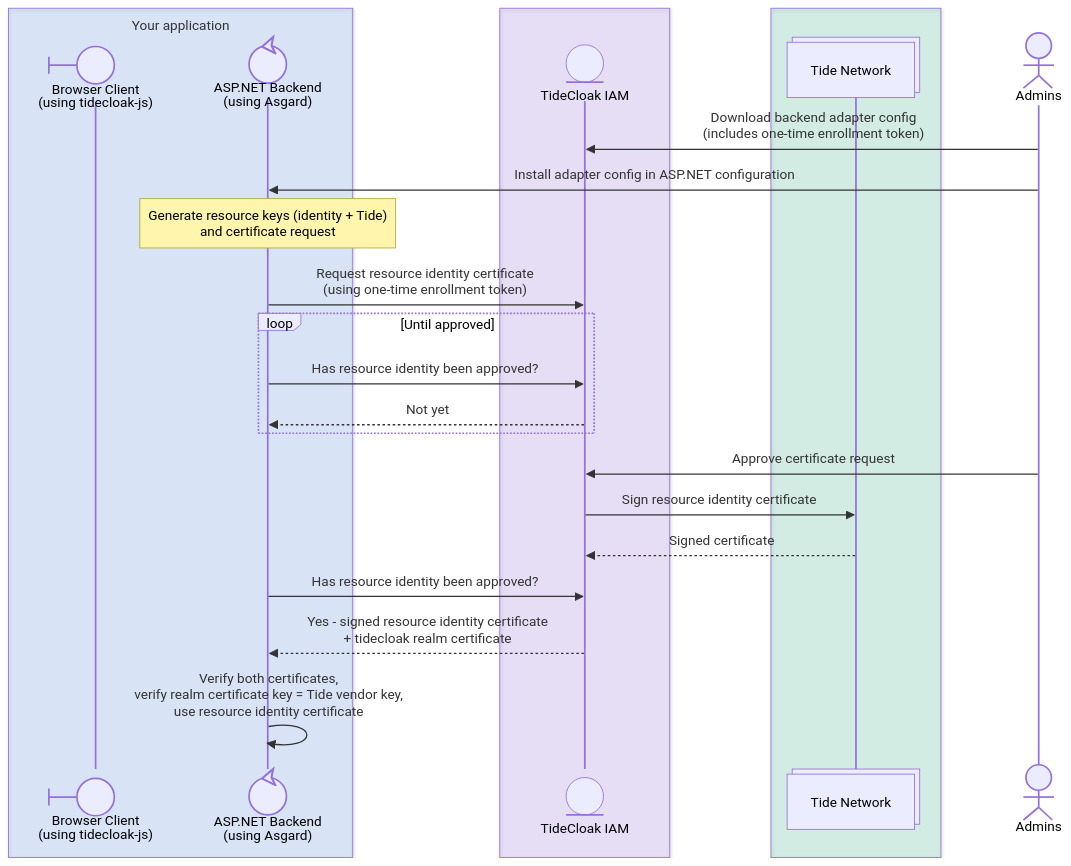
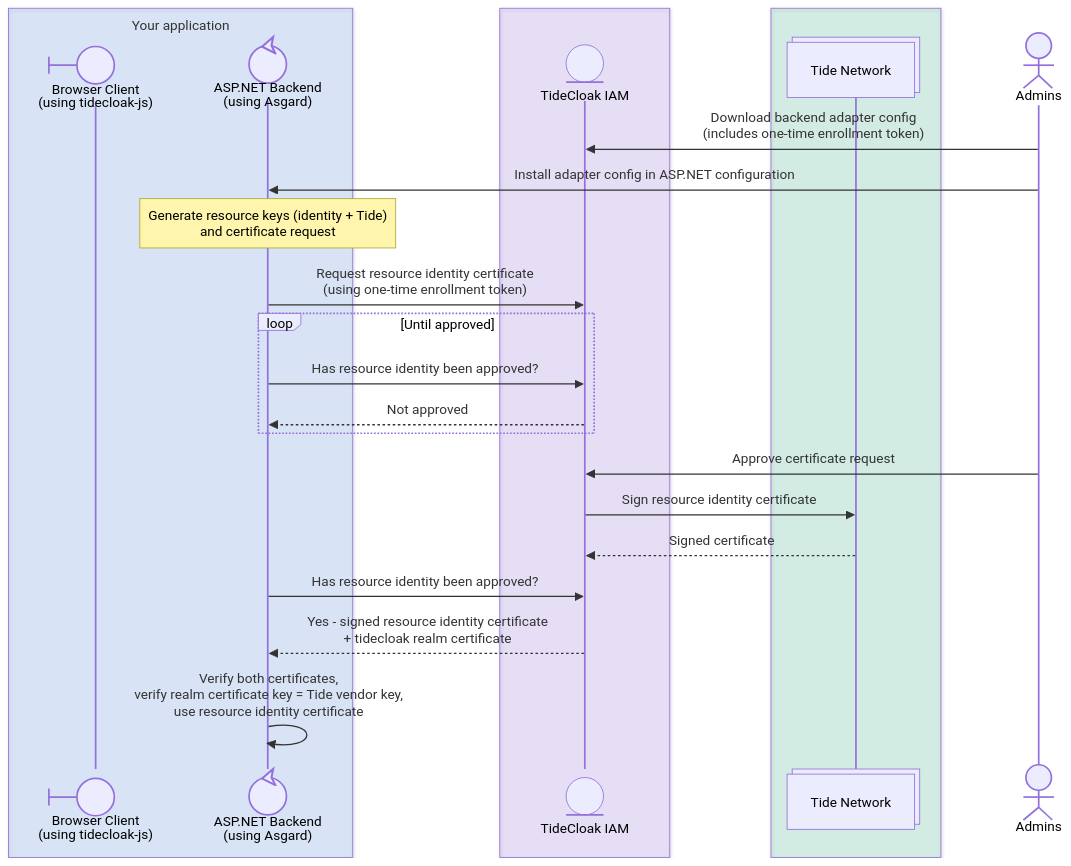
The first of 3 diagrams in README.md (tide-foundation/asgard), drawn with Mermaid before and after one commit. The commit also changed other lines of this file and 129 other files, not shown here.

````diff
--- a/README.md
+++ b/README.md
@@ -83,33 +84,33 @@
 ```mermaid
 sequenceDiagram
     box rgba(59, 130, 246, 0.15) Your application
         participant Browser@{ "type": "boundary", "alias": "Browser Client<br/>(using tidecloak-js)" }
         participant Backend@{ "type": "control", "alias": "ASP.NET Backend<br/>(using Asgard)" }
     end
     box rgba(139, 92, 246, 0.15)
         participant TideCloak@{ "type": "entity", "alias": "TideCloak IAM" }
     end
     box rgba(16, 185, 129, 0.15)
         participant TideNetwork@{ "type": "collections", "alias": "Tide Network" }
     end
     actor Admins
 
     Admins->>TideCloak: Download backend adapter config<br/>(includes one-time enrollment token)
     Admins->>Backend: Install adapter config in ASP.NET configuration
 
     Note over Backend: Generate resource keys (identity + Tide)<br/>and certificate request
     Backend->>TideCloak: Request resource identity certificate<br/>(using one-time enrollment token)
 
     loop Until approved
         Backend->>TideCloak: Has resource identity been approved?
-        TideCloak-->>Backend: Not yet
+        TideCloak-->>Backend: Not approved
     end
 
     Admins->>TideCloak: Approve certificate request
     TideCloak->>TideNetwork: Sign resource identity certificate
     TideNetwork-->>TideCloak: Signed certificate
 
     Backend->>TideCloak: Has resource identity been approved?
     TideCloak-->>Backend: Yes - signed resource identity certificate<br/>+ tidecloak realm certificate
     Backend->>Backend: Verify both certificates,<br/>verify realm certificate key = Tide vendor key,<br/>use resource identity certificate
 ```
````
